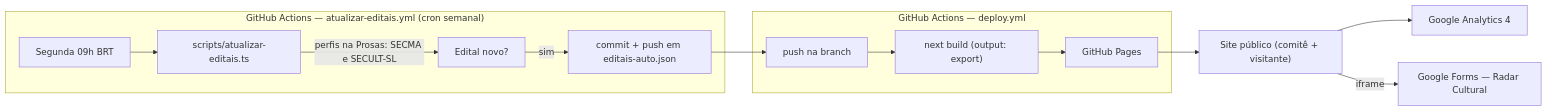
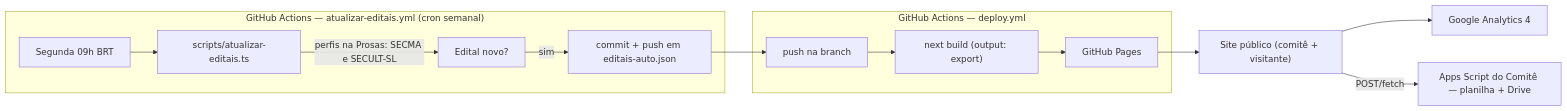
Before and after one commit to desdobroprod-eng/Comit-paulo-Gustav: the diagram in README.md, drawn with Mermaid. The commit also changed other lines of this file and 18 other files, not shown here.

First line of the commit message:
Radar Cultural: formulário próprio e mapa dos fazedores

````diff
--- a/README.md
+++ b/README.md
@@ -45,18 +45,18 @@
 ```mermaid
 flowchart LR
     subgraph gha_deploy["GitHub Actions — deploy.yml"]
         push["push na branch"] --> build["next build (output: export)"]
         build --> pages["GitHub Pages"]
     end
 
     subgraph gha_robo["GitHub Actions — atualizar-editais.yml (cron semanal)"]
         cron["Segunda 09h BRT"] --> scraper["scripts/atualizar-editais.ts"]
         scraper -->|"perfis na Prosas: SECMA e SECULT-SL"| detecta["Edital novo?"]
         detecta -->|sim| commit["commit + push em editais-auto.json"]
         commit --> push
     end
 
     pages --> site["Site público (comitê + visitante)"]
     site --> ga4["Google Analytics 4"]
-    site -->|iframe| forms["Google Forms — Radar Cultural"]
+    site -->|POST/fetch| apps["Apps Script do Comitê — planilha + Drive"]
 ```
````
